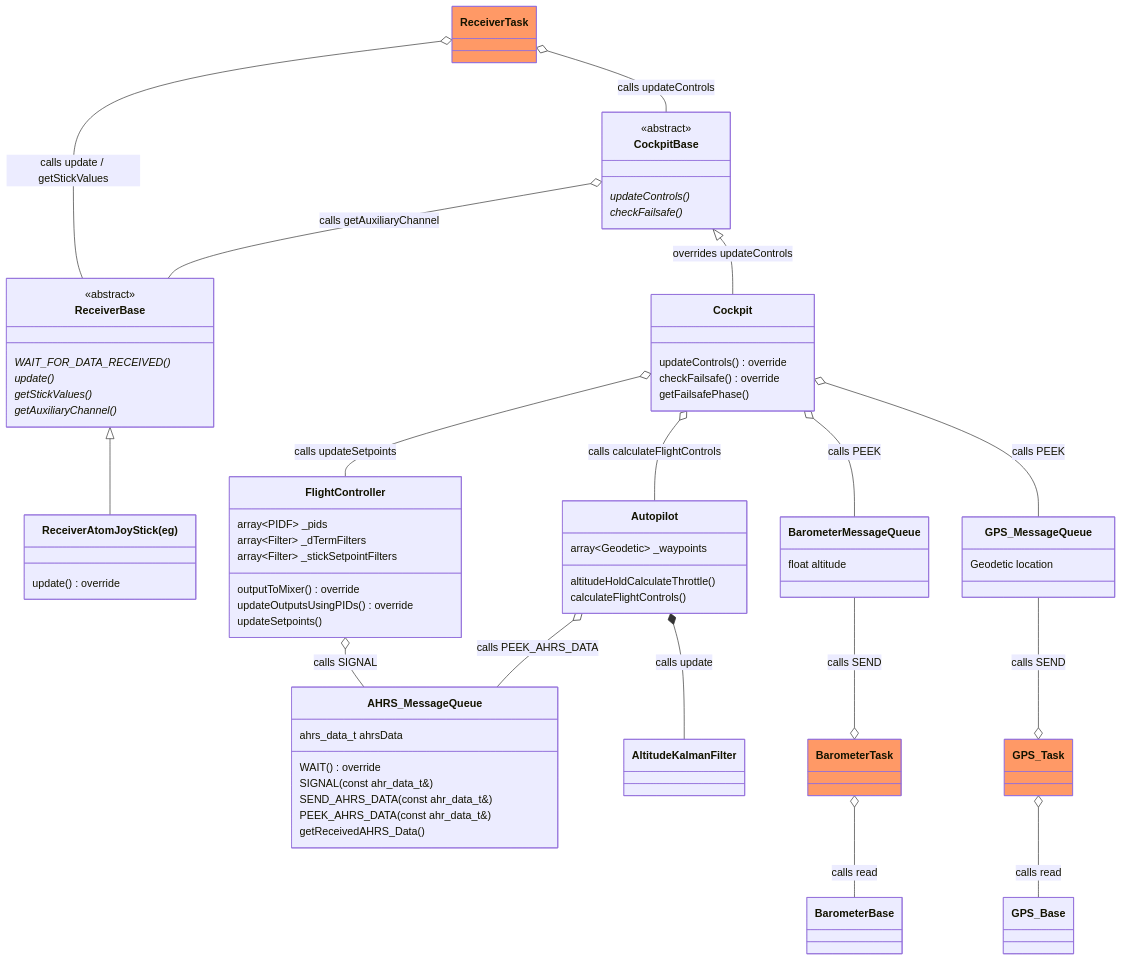
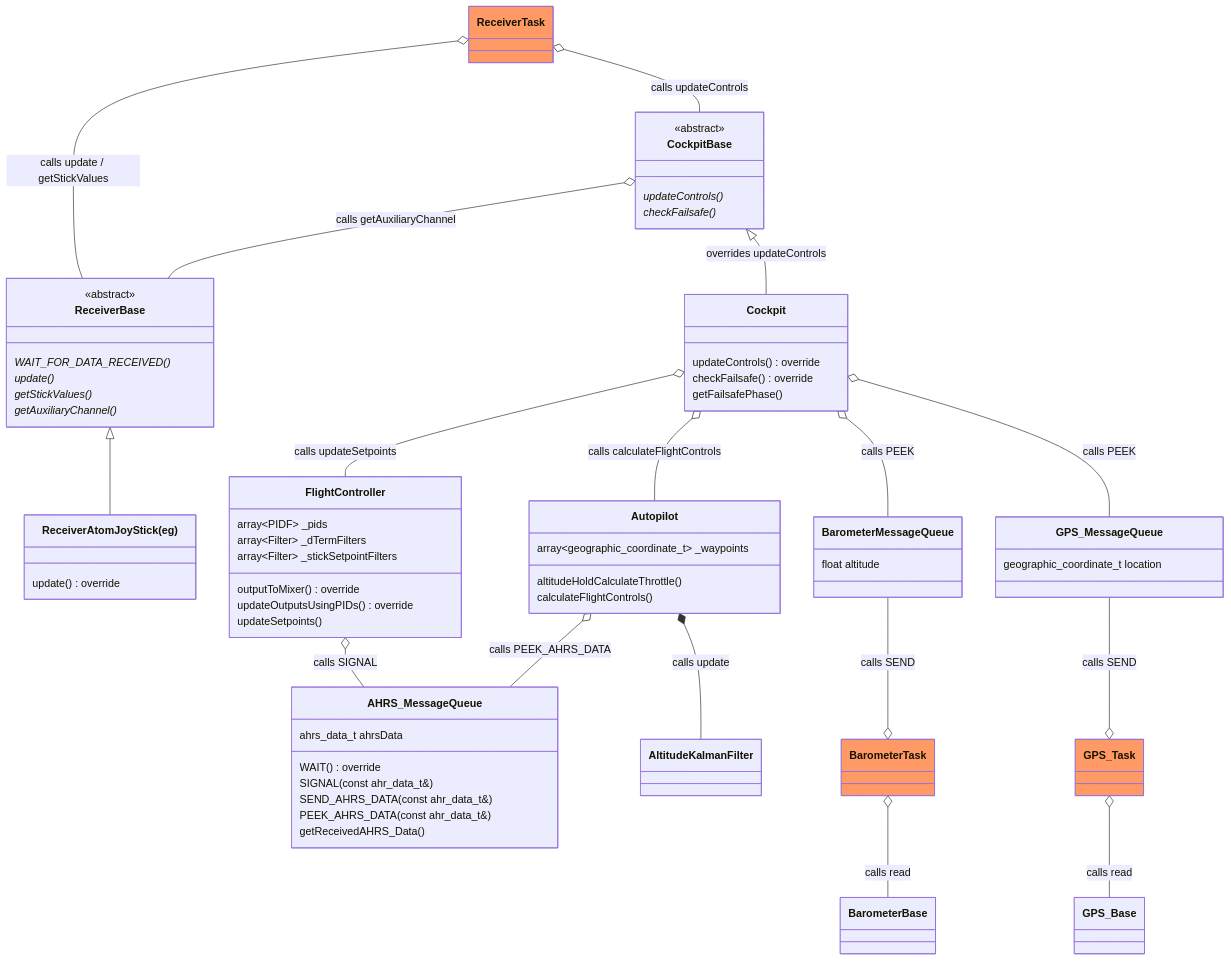
One commit to martinbudden/Protoflight changed the sixth of 6 diagrams in README.md. Above: the diagram before and after it, drawn with Mermaid. The commit also changed other lines of this file and 27 other files, not shown here.

```diff
--- a/README.md
+++ b/README.md
@@ -1068,7 +1068,7 @@
     %%CockpitBase --o ReceiverTask : calls updateControls
 
     class Autopilot {
-        array~Geodetic~ _waypoints
+        array~geographic_coordinate_t~ _waypoints
         altitudeHoldCalculateThrottle()
         calculateFlightControls()
     }
@@ -1106,7 +1106,7 @@
     class GPS_Task:::taskClass {
     }
     class GPS_MessageQueue {
-        Geodetic location
+        geographic_coordinate_t location
     }
     GPS_MessageQueue --o GPS_Task : calls SEND
     GPS_Task o-- GPS_Base : calls read
```
